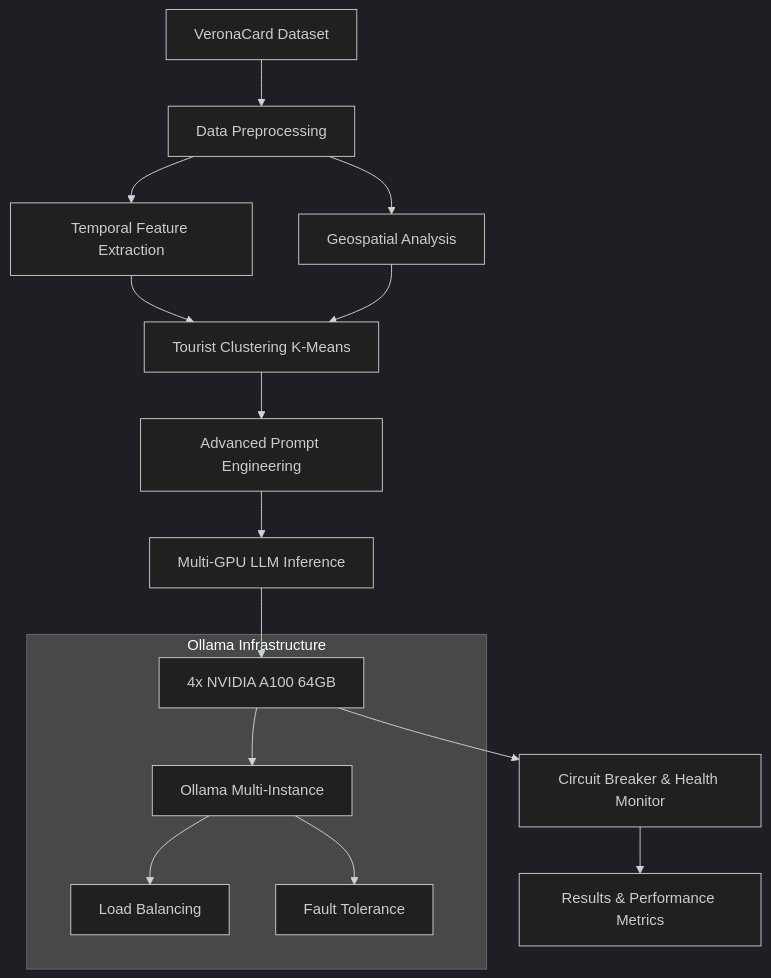
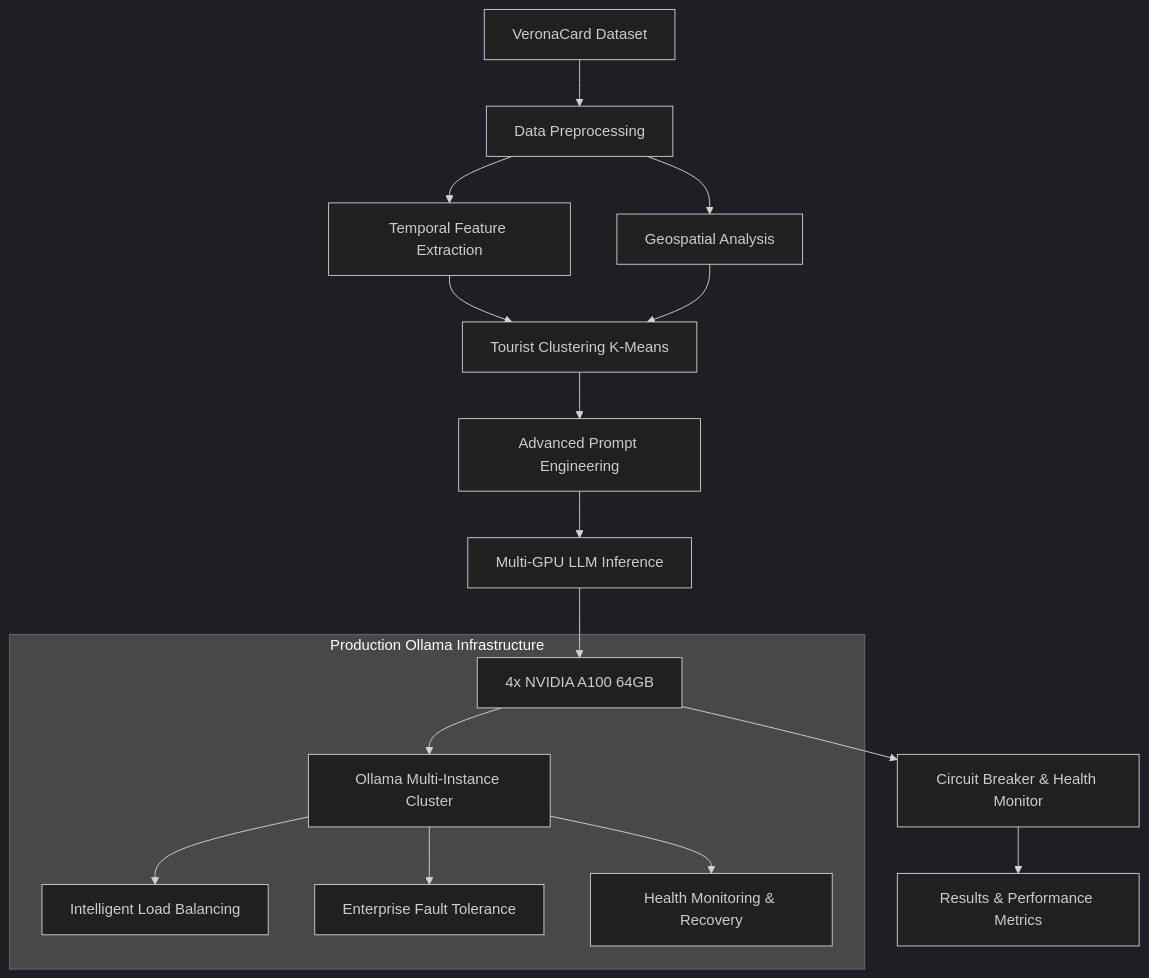
Before and after one commit to simo-hue/LLM-Tourism-Mobility-Predictor-HPC-A100: the diagram in README.md, drawn with Mermaid (dark theme). The commit also changed other lines of this file and 14 other files, not shown here.

````diff
--- a/README.md
+++ b/README.md
@@ -118,19 +82,20 @@
 ```mermaid
 graph TD
     A[VeronaCard Dataset] --> B[Data Preprocessing]
     B --> C[Temporal Feature Extraction]
     B --> D[Geospatial Analysis]
     C --> E[Tourist Clustering K-Means]
     D --> E
     E --> F[Advanced Prompt Engineering]
     F --> G[Multi-GPU LLM Inference]
     G --> H[4x NVIDIA A100 64GB]
     H --> I[Circuit Breaker & Health Monitor]
     I --> J[Results & Performance Metrics]
 
-    subgraph "Ollama Infrastructure"
-        H --> K[Ollama Multi-Instance]
-        K --> L[Load Balancing]
-        K --> M[Fault Tolerance]
+    subgraph "Production Ollama Infrastructure"
+        H --> K[Ollama Multi-Instance Cluster]
+        K --> L[Intelligent Load Balancing]
+        K --> M[Enterprise Fault Tolerance]
+        K --> N[Health Monitoring & Recovery]
     end
 ```
````
